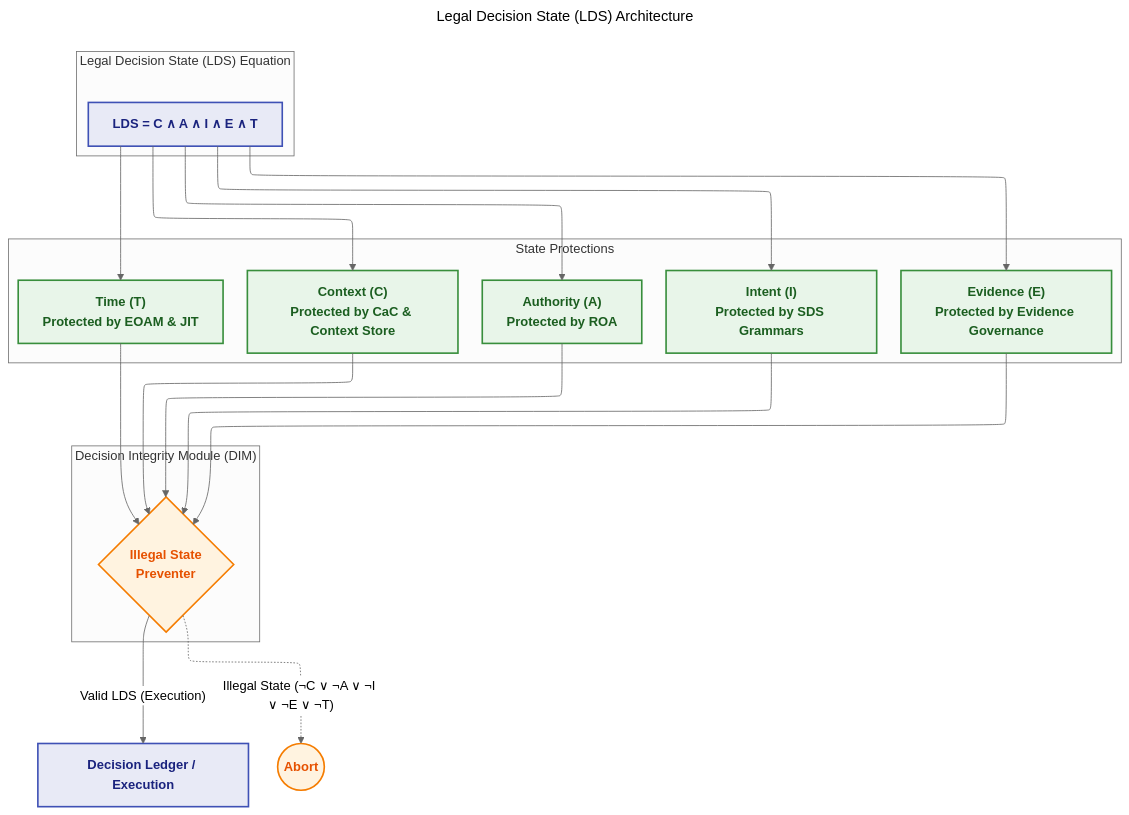
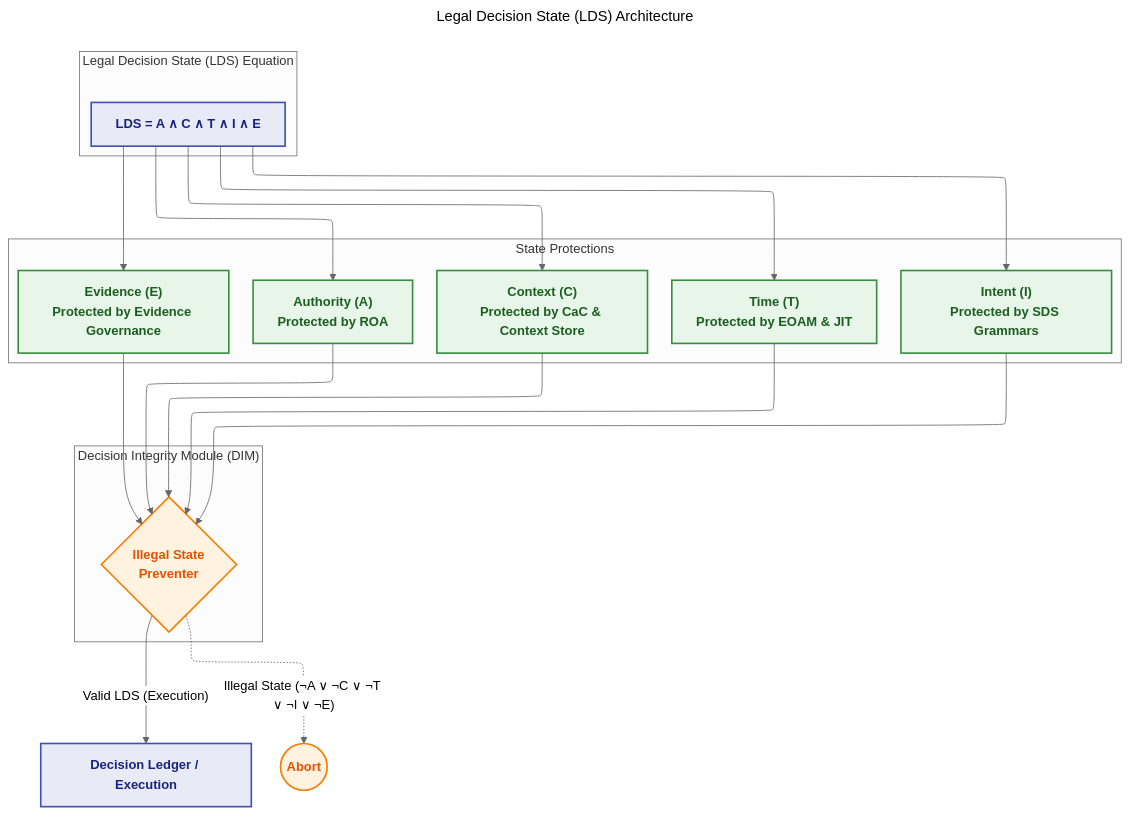
Before and after one commit to huka81/decision-intelligence-runtime: the fifth of 9 diagrams in docs/02-decision-runtime/DIR_Architectural_Pattern.md, drawn with Mermaid. The commit also changed other lines of this file and 6 other files, not shown here.

````diff
--- a/docs/02-decision-runtime/DIR_Architectural_Pattern.md
+++ b/docs/02-decision-runtime/DIR_Architectural_Pattern.md
@@ -544,36 +544,36 @@
 ```mermaid
 ---
 title: "Legal Decision State (LDS) Architecture"
 config:
   layout: elk
   theme: neutral
   look: classic
 ---
 flowchart TB
     classDef ldsNode fill:#E8EAF6,stroke:#3F51B5,stroke-width:2px,color:#1A237E,font-weight:bold;
     classDef compNode fill:#E8F5E9,stroke:#388E3C,stroke-width:2px,color:#1B5E20,font-weight:bold;
     classDef gateNode fill:#FFF3E0,stroke:#F57C00,stroke-width:2px,color:#E65100,font-weight:bold;
 
     subgraph Theory ["Legal Decision State (LDS) Equation"]
         direction LR
-        LDS["LDS = C ∧ A ∧ I ∧ E ∧ T"]:::ldsNode
+        LDS["LDS = A ∧ C ∧ T ∧ I ∧ E"]:::ldsNode
     end
 
     subgraph Components ["State Protections"]
         direction TB
+        A["Authority (A)<br/>Protected by ROA"]:::compNode
         C["Context (C)<br/>Protected by CaC & Context Store"]:::compNode
-        A["Authority (A)<br/>Protected by ROA"]:::compNode
+        T["Time (T)<br/>Protected by EOAM & JIT"]:::compNode
         I["Intent (I)<br/>Protected by SDS Grammars"]:::compNode
         E["Evidence (E)<br/>Protected by Evidence Governance"]:::compNode
-        T["Time (T)<br/>Protected by EOAM & JIT"]:::compNode
     end
 
     subgraph DIM ["Decision Integrity Module (DIM)"]
         Preventer{"Illegal State<br/>Preventer"}:::gateNode
     end
 
-    LDS --> C & A & I & E & T
-    C & A & I & E & T --> Preventer
+    LDS --> A & C & T & I & E
+    A & C & T & I & E --> Preventer
     Preventer -->|"Valid LDS (Execution)"| Exec["Decision Ledger / Execution"]:::ldsNode
-    Preventer -.->|"Illegal State (¬C ∨ ¬A ∨ ¬I ∨ ¬E ∨ ¬T)"| Reject(("Abort")):::gateNode
+    Preventer -.->|"Illegal State (¬A ∨ ¬C ∨ ¬T ∨ ¬I ∨ ¬E)"| Reject(("Abort")):::gateNode
 ```
````
